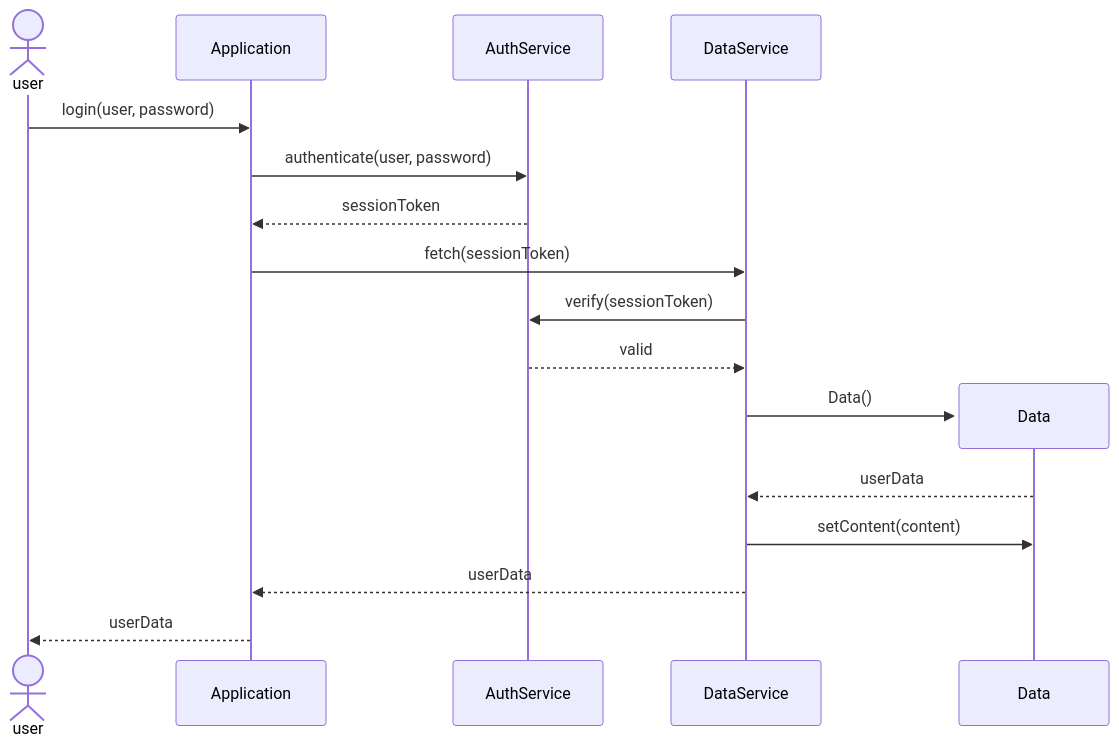
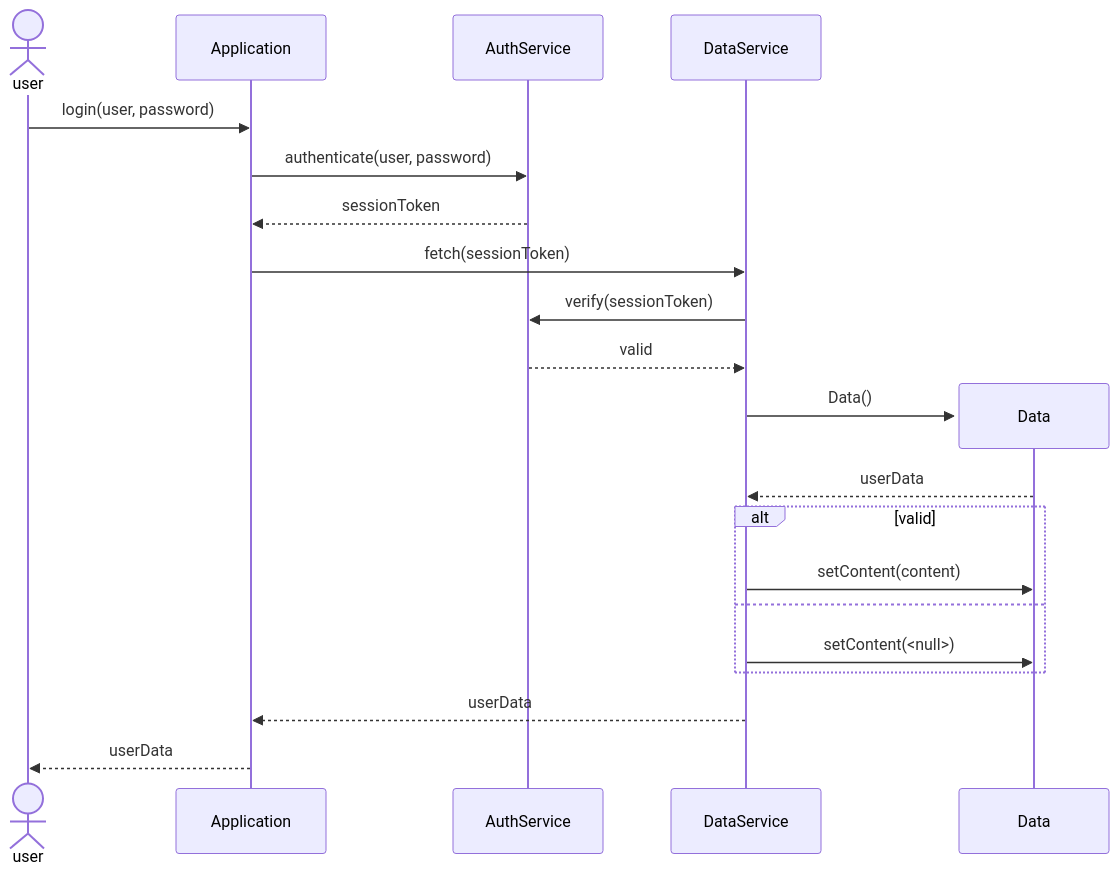
Before and after one commit to MarmaidTranspiler/Merfolk: the second of 2 diagrams in example/example.md, drawn with Mermaid. The commit also changed other lines of this file and 1 other file, not shown here.

````diff
--- a/example/example.md
+++ b/example/example.md
@@ -48,18 +23,23 @@
 ```mermaid
 sequenceDiagram
    actor user
    user ->> Application : login(user, password)
    Application ->> AuthService : authenticate(user, password)
    AuthService -->> Application : sessionToken
    Application ->> DataService : fetch(sessionToken)
    DataService ->> AuthService : verify(sessionToken)
    AuthService -->> DataService : valid
    create participant Data
    DataService ->> Data : Data()
    Data -->> DataService : userData
-   DataService ->> Data : setContent(content)
+   
+   alt valid
+    DataService ->> Data : setContent(content)
+   else
+    DataService ->> Data : setContent(<null>)
+   end
    DataService -->> Application : userData
    Application -->> user : userData
 
   
 ```
````
